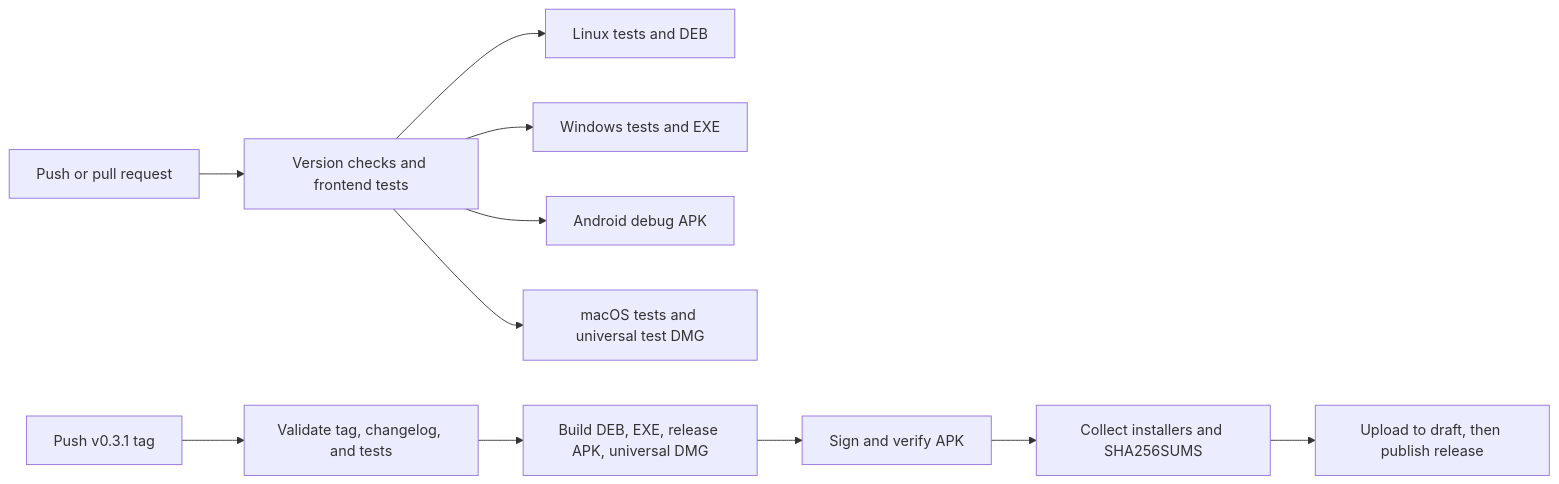
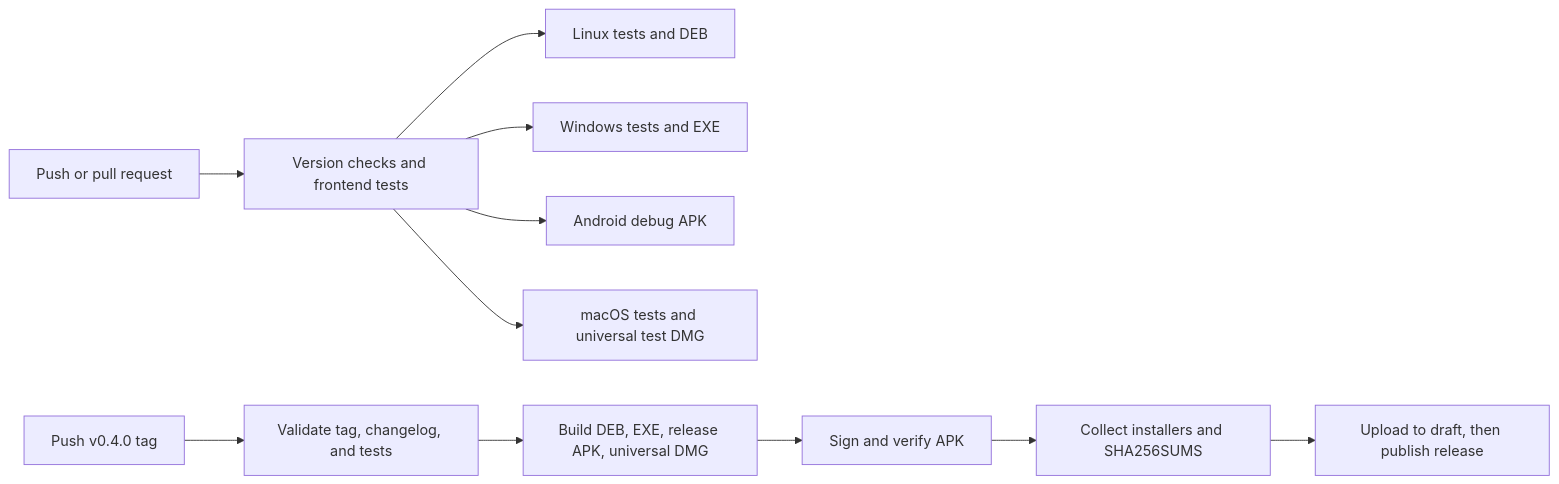
One commit to shahabbai/PulseDrop changed the diagram in docs/github-releases.md. Above: the diagram before and after it, drawn with Mermaid. The commit also changed other lines of this file and 6 other files, not shown here.

````diff
--- a/docs/github-releases.md
+++ b/docs/github-releases.md
@@ -9,13 +9,13 @@
 ```mermaid
 flowchart LR
     A[Push or pull request] --> B[Version checks and frontend tests]
     B --> C[Linux tests and DEB]
     B --> D[Windows tests and EXE]
     B --> E[Android debug APK]
     B --> M[macOS tests and universal test DMG]
-    F[Push v0.3.1 tag] --> G[Validate tag, changelog, and tests]
+    F[Push v0.4.0 tag] --> G[Validate tag, changelog, and tests]
     G --> H[Build DEB, EXE, release APK, universal DMG]
     H --> I[Sign and verify APK]
     I --> J[Collect installers and SHA256SUMS]
     J --> K[Upload to draft, then publish release]
 ```
````
